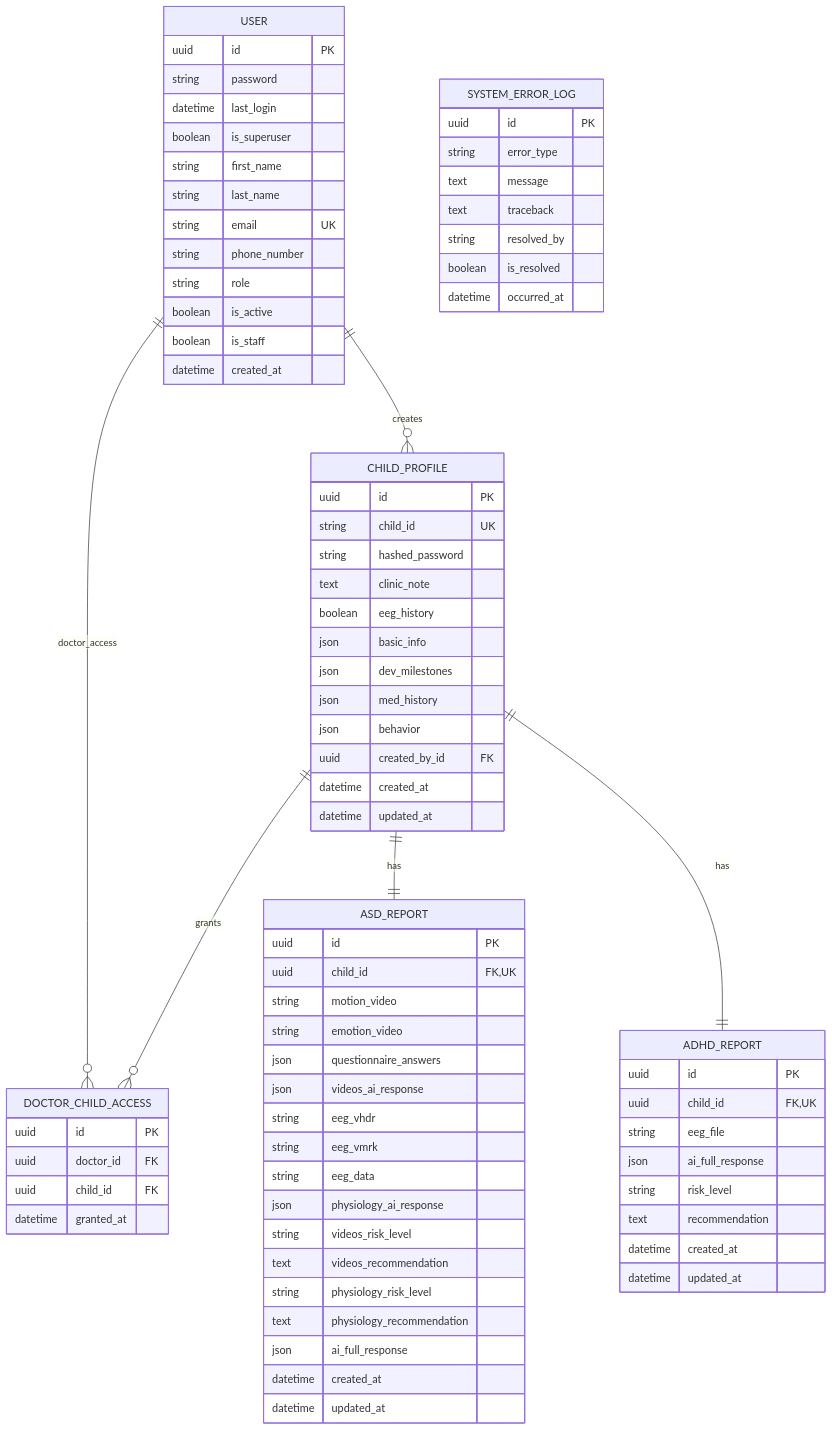
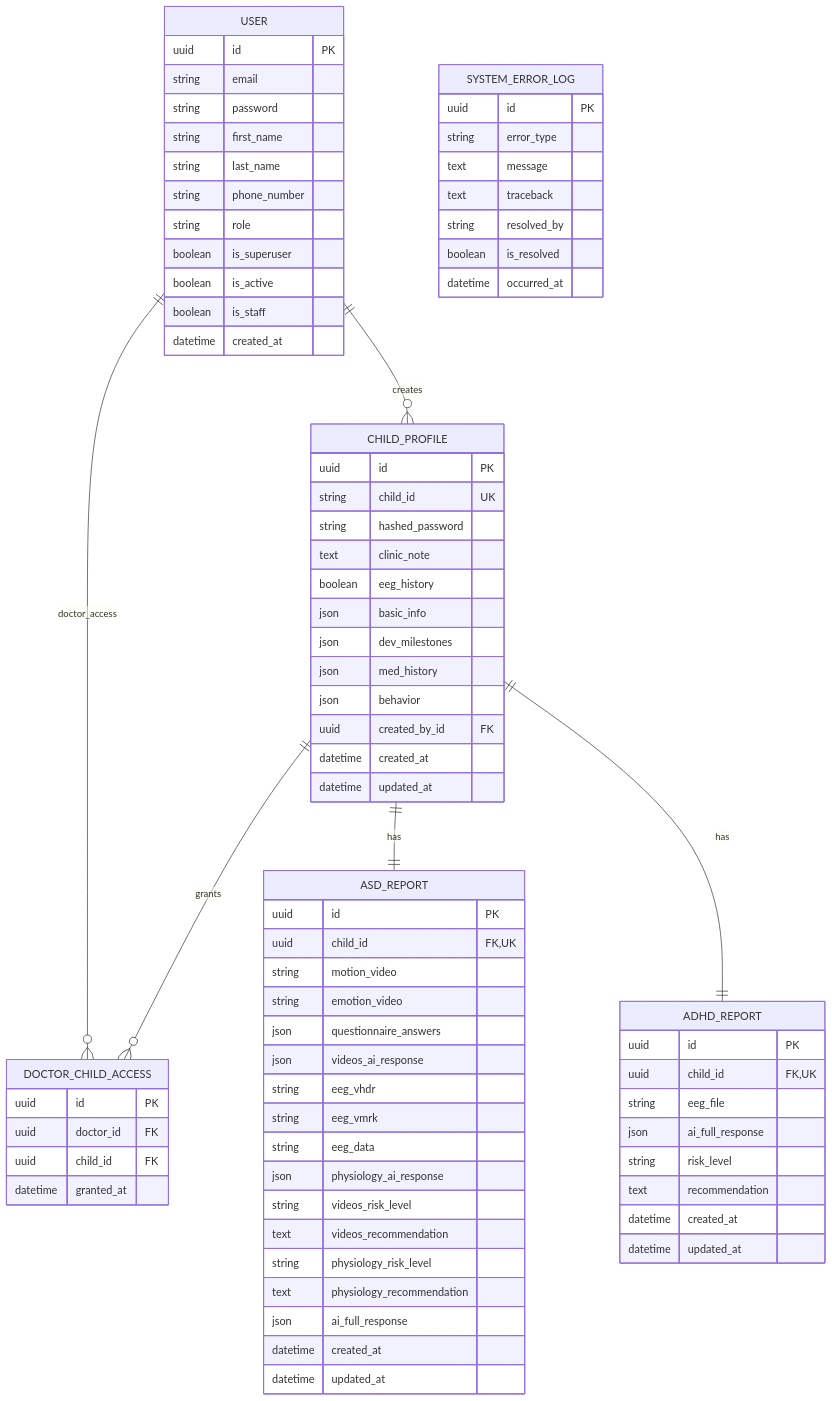
One commit to Mohamedeid106/graduation-test changed the sixth of 7 diagrams in README.md. Above: the diagram before and after it, drawn with Mermaid.

Commit message:
update in readme file

```diff
--- a/README.md
+++ b/README.md
@@ -556,14 +556,13 @@
 
     USER {
         uuid id PK
+        string email
         string password
-        datetime last_login
-        boolean is_superuser
         string first_name
         string last_name
-        string email UK
         string phone_number
         string role
+        boolean is_superuser
         boolean is_active
         boolean is_staff
         datetime created_at
```
